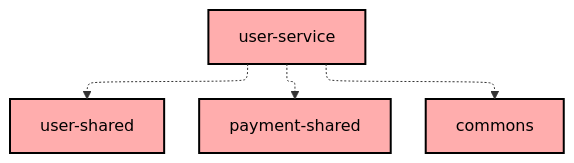
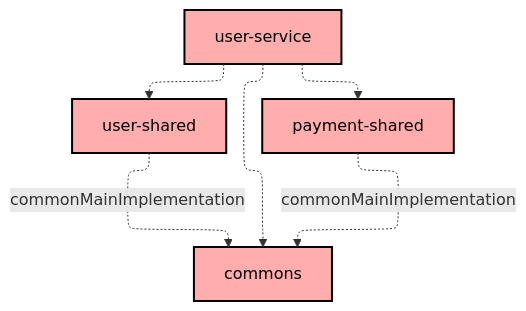
Before and after one commit to Norby99/munchies: the diagram in user-service/README.md, drawn with Mermaid. The commit also changed 9 other files, not shown here.

Commit message:
refactor: shared depends on commons

````diff
--- a/user-service/README.md
+++ b/user-service/README.md
@@ -6,19 +6,21 @@
 ```mermaid
 ---
 config:
   layout: elk
   elk:
     nodePlacementStrategy: SIMPLE
 ---
 graph TB
   :user-shared[user-shared]:::unknown
   :user-service[user-service]:::unknown
   :payment-shared[payment-shared]:::unknown
   :commons[commons]:::unknown
 
+  :payment-shared -.->|commonMainImplementation| :commons
   :user-service -.-> :commons
   :user-service -.-> :payment-shared
   :user-service -.-> :user-shared
+  :user-shared -.->|commonMainImplementation| :commons
 
 classDef unknown fill:#FFADAD,stroke:#000,stroke-width:2px,color:#000;
 ```
````
